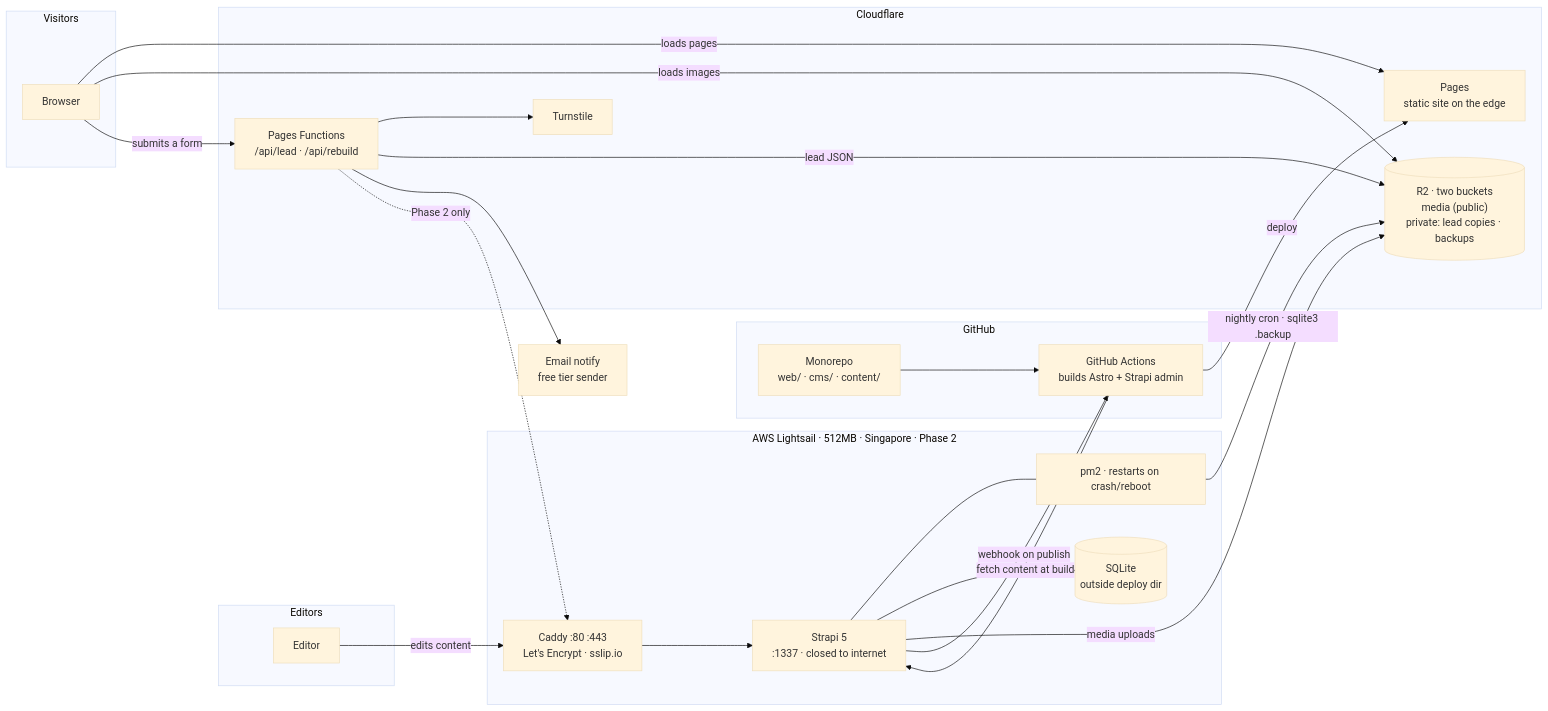
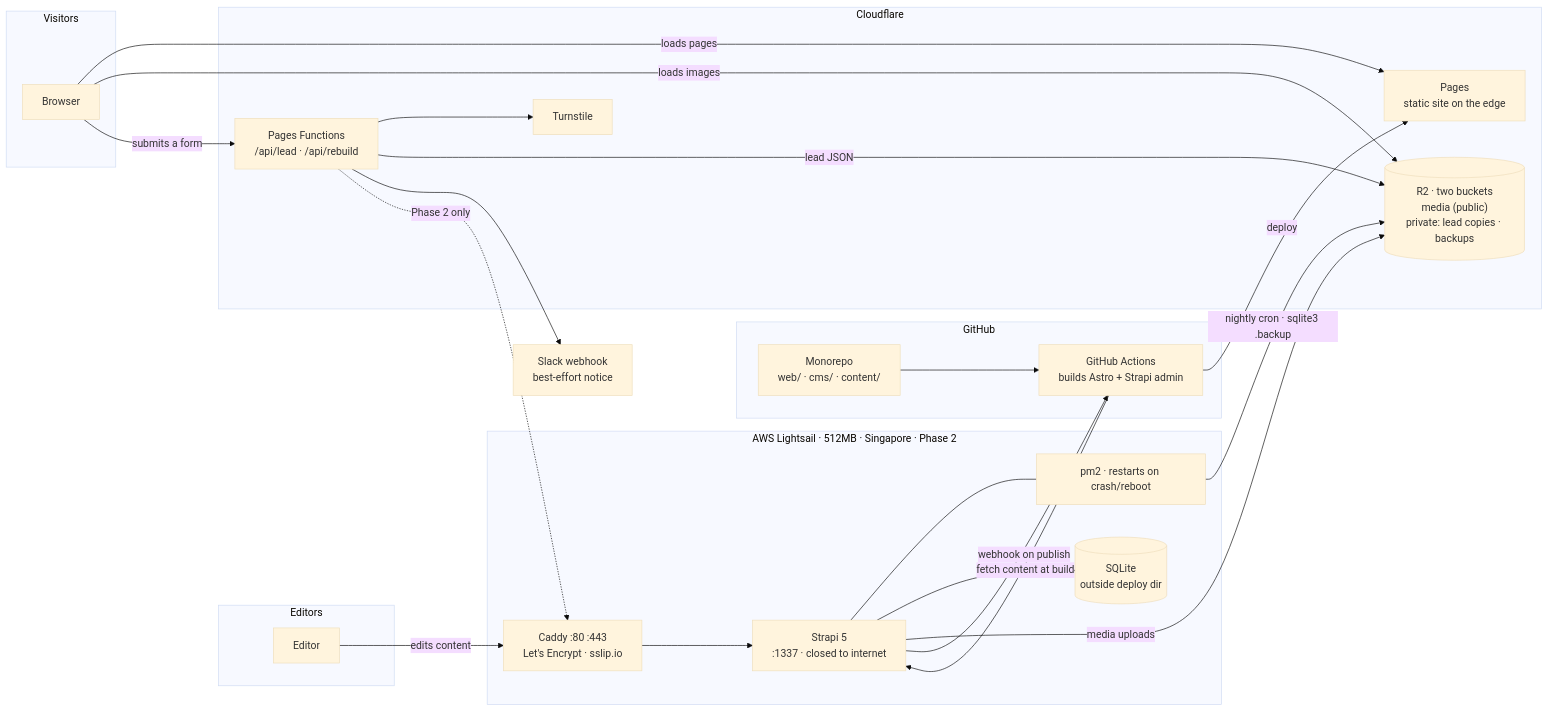
One commit to ancJ29/v-robotic changed the first of 6 diagrams in docs/architecture.md. Above: the diagram before and after it, drawn with Mermaid (base theme). The commit also changed other lines of this file and 38 other files, not shown here.

First line of the commit message:
feat(leads): one lead record, five form pages, Turnstile, an R2-first Worker and a Slack notice

````diff
--- a/docs/architecture.md
+++ b/docs/architecture.md
@@ -35,52 +35,52 @@
 ```mermaid
 flowchart LR
     subgraph Editors["Editors"]
         E["Editor"]
     end
 
     subgraph Visitors["Visitors"]
         V["Browser"]
     end
 
     subgraph Lightsail["AWS Lightsail · 512MB · Singapore · Phase 2"]
         CD["Caddy :80 :443<br/>Let's Encrypt · sslip.io"]
         ST["Strapi 5<br/>:1337 · closed to internet"]
         DB[("SQLite<br/>outside deploy dir")]
         PM["pm2 · restarts on crash/reboot"]
     end
 
     subgraph GH["GitHub"]
         REPO["Monorepo<br/>web/ · cms/ · content/"]
         GA["GitHub Actions<br/>builds Astro + Strapi admin"]
     end
 
     subgraph CF["Cloudflare"]
         PAGES["Pages<br/>static site on the edge"]
         FN["Pages Functions<br/>/api/lead · /api/rebuild"]
         TS["Turnstile"]
         R2[("R2 · two buckets<br/>media (public)<br/>private: lead copies · backups")]
     end
 
-    MAIL["Email notify<br/>free tier sender"]
+    MAIL["Slack webhook<br/>best-effort notice"]
 
     E -->|"edits content"| CD
     CD --> ST
     ST --- PM
     ST --> DB
     ST -->|"media uploads"| R2
     ST -->|"webhook on publish"| GA
 
     REPO --> GA
     GA -->|"fetch content at build"| ST
     GA -->|"deploy"| PAGES
 
     V -->|"loads pages"| PAGES
     V -->|"loads images"| R2
     V -->|"submits a form"| FN
     FN --> TS
     FN -->|"lead JSON"| R2
     FN --> MAIL
     FN -.->|"Phase 2 only"| CD
 
     PM -->|"nightly cron · sqlite3 .backup"| R2
 ```
````
